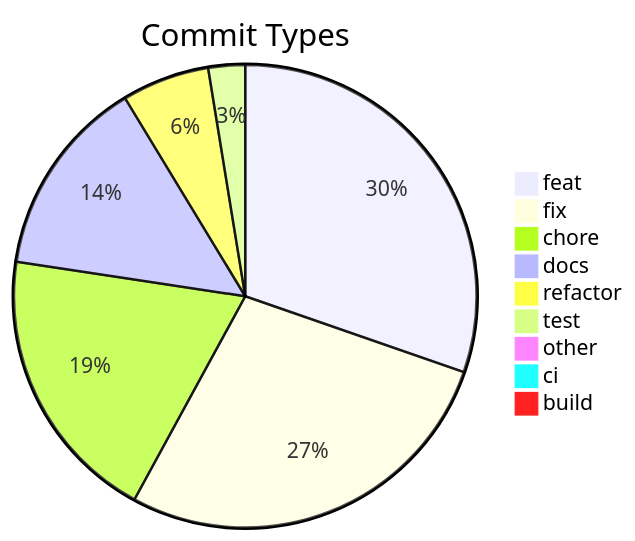
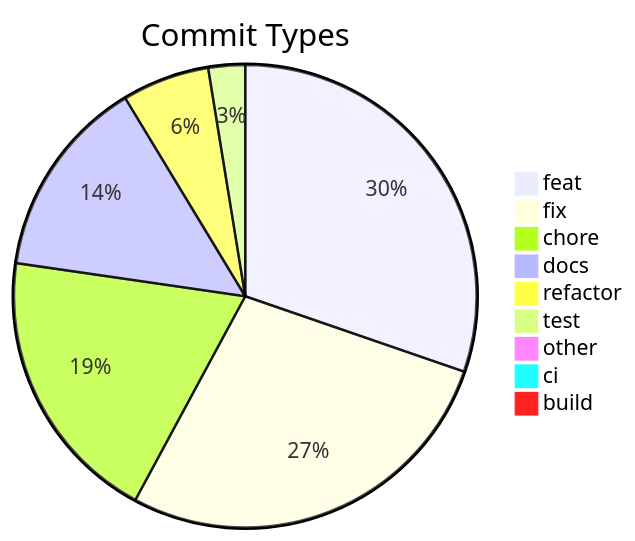
Before and after one commit to svenroth-ai/shipwright: the diagram in .shipwright/compliance/change-history.md, drawn with Mermaid. The commit also changed other lines of this file and 23 other files, not shown here.

````diff
--- a/.shipwright/compliance/change-history.md
+++ b/.shipwright/compliance/change-history.md
@@ -8,12 +8,12 @@
 ```mermaid
 pie title Commit Types
     "feat" : 248
     "fix" : 226
     "chore" : 159
-    "docs" : 114
+    "docs" : 115
     "refactor" : 50
     "test" : 21
     "other" : 7
     "ci" : 5
     "build" : 1
 ```
````
